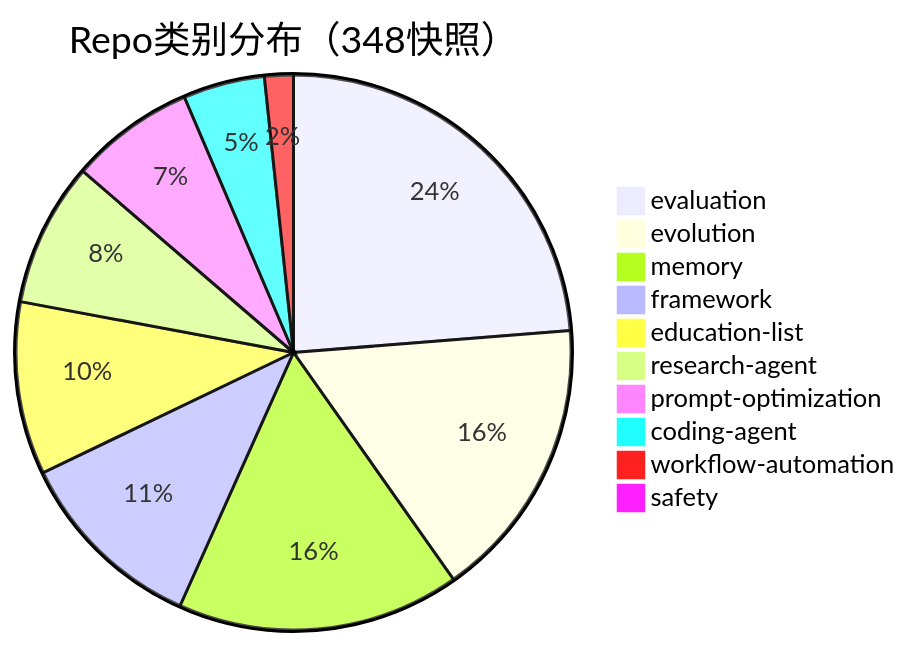
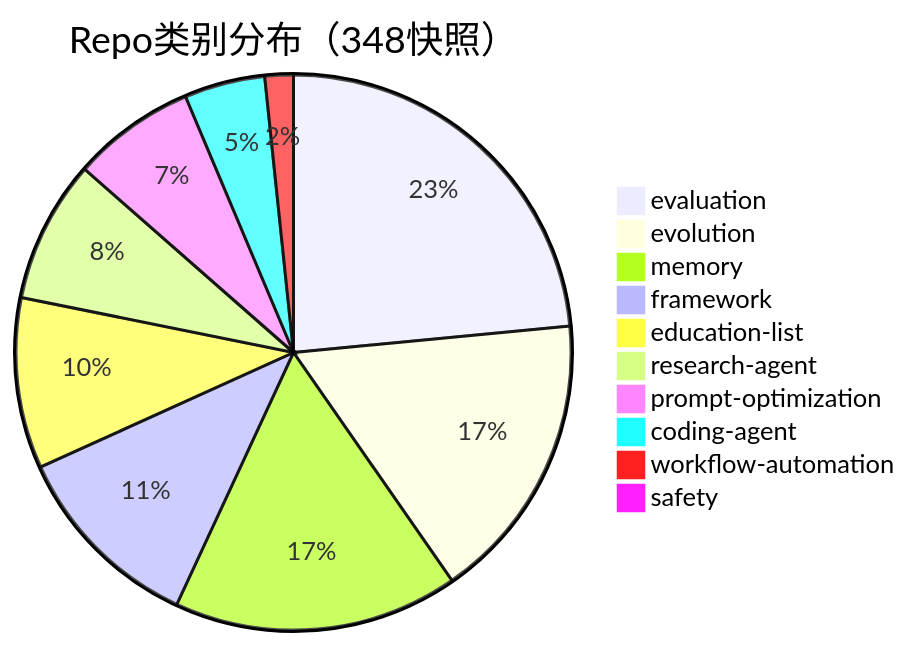
Before and after one commit to Shiyao-Huang/awesome-agent-evolution: the first of 2 diagrams in survey/figures/repo-techstack-and-trend-figures.md, drawn with Mermaid. The commit also changed other lines of this file and 102 other files, not shown here.

````diff
--- a/survey/figures/repo-techstack-and-trend-figures.md
+++ b/survey/figures/repo-techstack-and-trend-figures.md
@@ -7,13 +7,13 @@
 ```mermaid
 pie title Repo类别分布（348快照）
     "evaluation" : 85
-    "evolution" : 59
-    "memory" : 59
-    "framework" : 40
+    "evolution" : 61
+    "memory" : 60
+    "framework" : 41
     "education-list" : 36
     "research-agent" : 30
     "prompt-optimization" : 26
     "coding-agent" : 17
     "workflow-automation" : 6
     "safety" : 1
 ```
````
